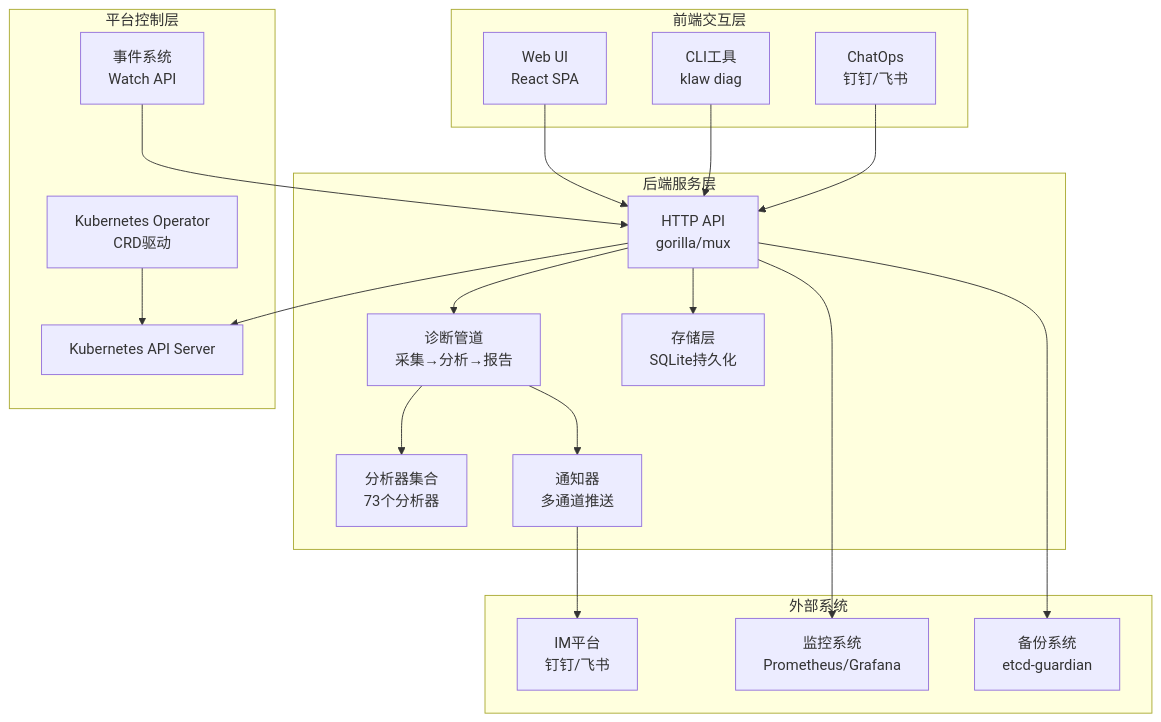
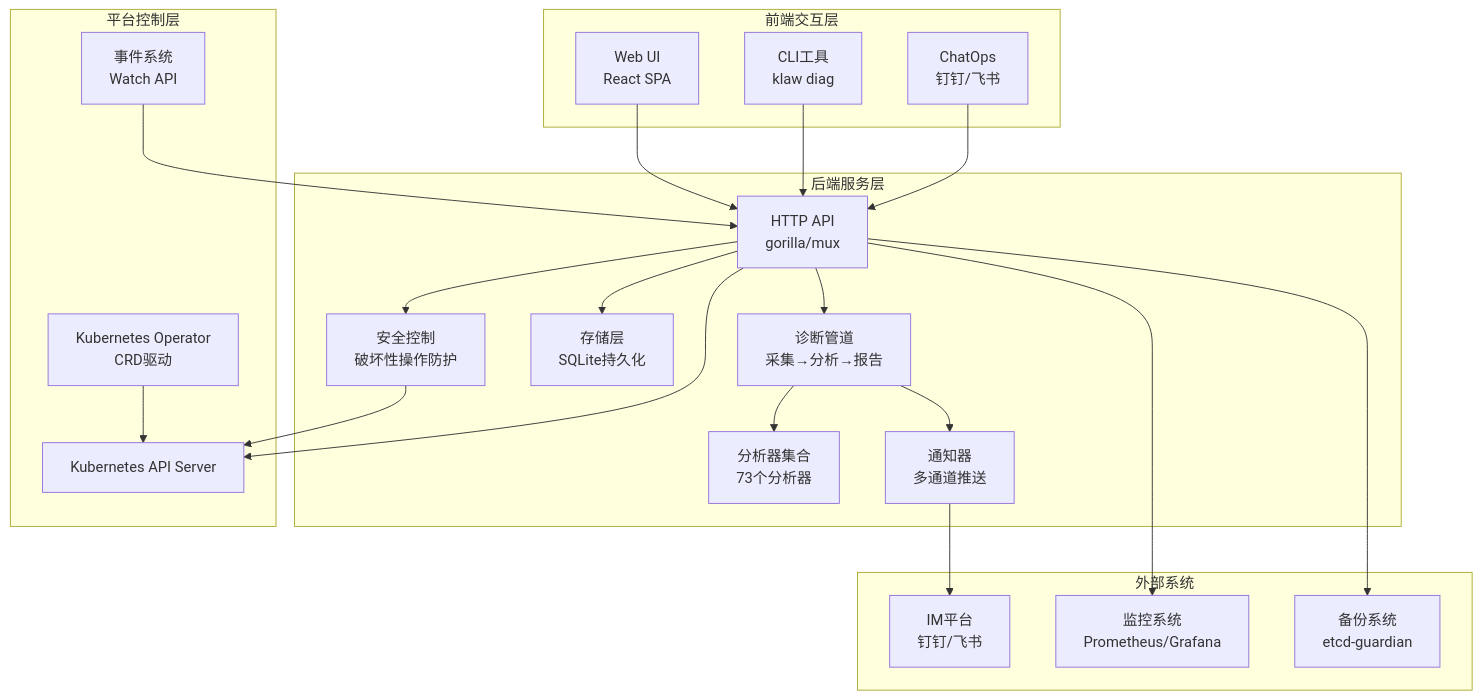
Before and after one commit to kudig-io/klaw: the first of 4 diagrams in .qoder/repowiki/zh/content/项目概述.md, drawn with Mermaid. The commit also changed other lines of this file and 48 other files, not shown here.

````diff
--- a/.qoder/repowiki/zh/content/项目概述.md
+++ b/.qoder/repowiki/zh/content/项目概述.md
@@ -115,38 +125,41 @@
 ```mermaid
 graph TB
 subgraph "前端交互层"
 UI[Web UI<br/>React SPA]
 CLI[CLI工具<br/>klaw diag]
 ChatOps[ChatOps<br/>钉钉/飞书]
 end
 subgraph "后端服务层"
 API[HTTP API<br/>gorilla/mux]
 Pipeline[诊断管道<br/>采集→分析→报告]
 Analyzer[分析器集合<br/>73个分析器]
 Notifier[通知器<br/>多通道推送]
 Storage[存储层<br/>SQLite持久化]
+Security[安全控制<br/>破坏性操作防护]
 end
 subgraph "平台控制层"
 Operator[Kubernetes Operator<br/>CRD驱动]
 K8s[Kubernetes API Server]
 Events[事件系统<br/>Watch API]
 end
 subgraph "外部系统"
 IM[IM平台<br/>钉钉/飞书]
 Monitor[监控系统<br/>Prometheus/Grafana]
 Backup[备份系统<br/>etcd-guardian]
 end
 UI --> API
 CLI --> API
 ChatOps --> API
 API --> Pipeline
 Pipeline --> Analyzer
 Pipeline --> Notifier
 API --> Storage
+API --> Security
+Security --> K8s
 Operator --> K8s
 API --> K8s
 Events --> API
 Notifier --> IM
 API --> Monitor
 API --> Backup
 ```
````
